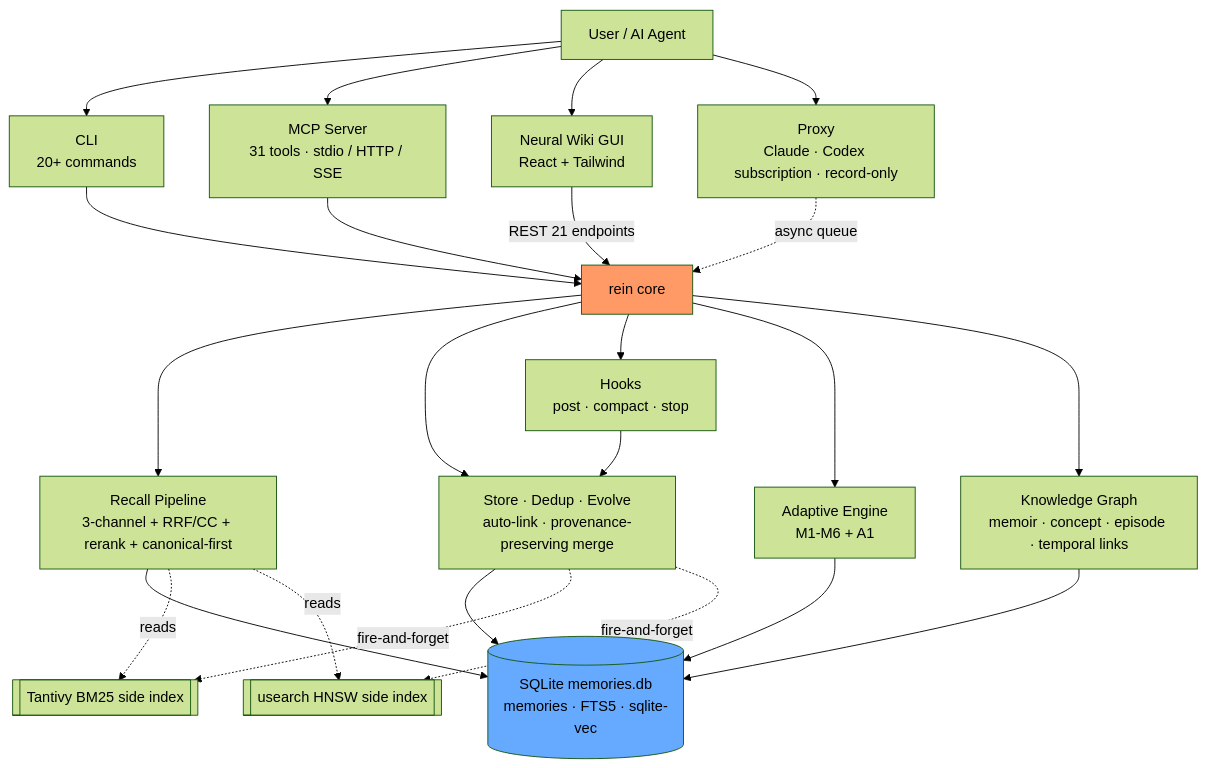
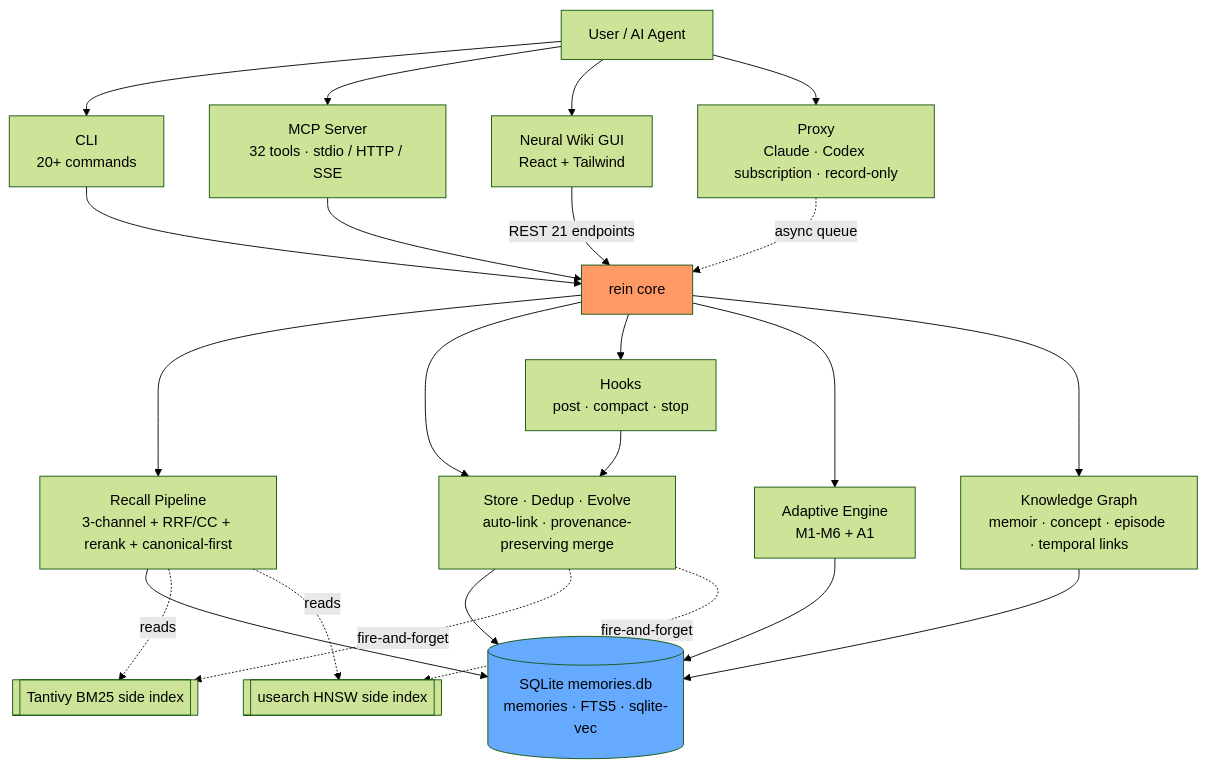
One commit to lyr1cs/rein changed the fourth of 8 diagrams in README.md. Above: the diagram before and after it, drawn with Mermaid (forest theme). The commit also changed other lines of this file, not shown here.

First line of the commit message:
docs(readme): fix tool count to 32 and add 4 missing MCP tools

````diff
--- a/README.md
+++ b/README.md
@@ -796,49 +801,49 @@
 ```mermaid
 flowchart TD
     U[User / AI Agent]
     CLI[CLI\n20+ commands]
-    MCP[MCP Server\n31 tools · stdio / HTTP / SSE]
+    MCP[MCP Server\n32 tools · stdio / HTTP / SSE]
     GUI[Neural Wiki GUI\nReact + Tailwind]
     PXY[Proxy\nClaude · Codex subscription · record-only]
 
     U --> CLI
     U --> MCP
     U --> GUI
     U --> PXY
 
     CORE[rein core]
     CLI --> CORE
     MCP --> CORE
     GUI -->|REST 21 endpoints| CORE
     PXY -.->|async queue| CORE
 
     REC[Recall Pipeline\n3-channel + RRF/CC + rerank + canonical-first]
     ST[Store · Dedup · Evolve\nauto-link · provenance-preserving merge]
     HK[Hooks\npost · compact · stop]
     ADP[Adaptive Engine\nM1-M6 + A1]
     KG[Knowledge Graph\nmemoir · concept · episode · temporal links]
 
     CORE --> REC
     CORE --> ST
     CORE --> HK
     CORE --> ADP
     CORE --> KG
 
     DB[(SQLite memories.db\nmemories · FTS5 · sqlite-vec)]
     TN[[Tantivy BM25 side index]]
     US[[usearch HNSW side index]]
 
     REC --> DB
     ST --> DB
     HK --> ST
     ADP --> DB
     KG --> DB
 
     ST -.fire-and-forget.-> TN
     ST -.fire-and-forget.-> US
     REC -.reads.-> TN
     REC -.reads.-> US
 
     style DB fill:#6af,color:#000
     style CORE fill:#f96,color:#000
 ```
````
